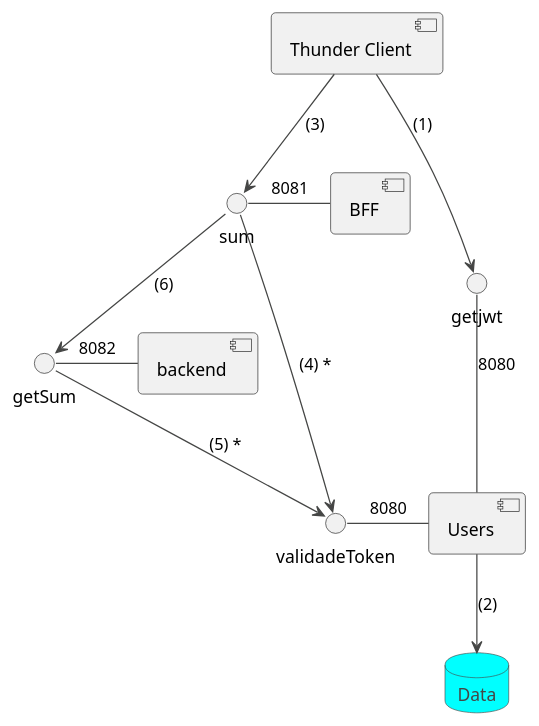
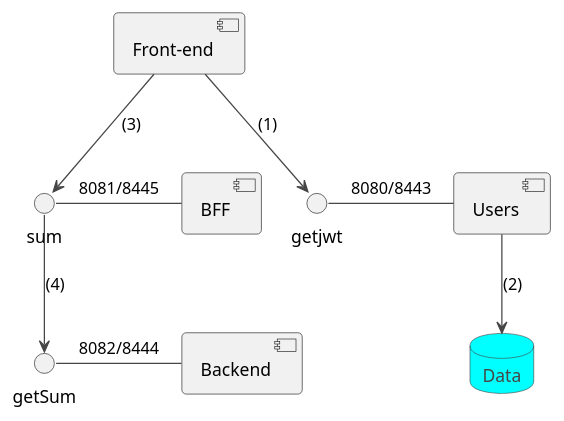
The diagram in docs/topicos/jwt/jwt.puml (rodrigoprestesmachado/pw2), drawn with PlantUML before and after one commit. The commit also changed 18 other files, not shown here.

```diff
--- a/docs/topicos/jwt/jwt.puml
+++ b/docs/topicos/jwt/jwt.puml
@@ -1,22 +1,18 @@
 @startuml
 
 !theme vibrant
 
-[Thunder Client]
-sum - [BFF] : 8081
-getSum - [backend] : 8082
-getjwt - [Users] : 8080
-validadeToken - [Users] : 8080
-
 database Data {
-
 }
 
-[Thunder Client] --> getjwt : (1)
+[Front-end]
+sum - [BFF] : 8081/8445
+getSum - [Backend] : 8082/8444
+getjwt - [Users] : 8080/8443
+
+[Front-end] --> getjwt : (1)
 Users --> Data : (2)
-[Thunder Client] --> sum : (3)
-sum --> validadeToken : (4) *
-getSum --> validadeToken : (5) *
-sum --> getSum : (6)
+[Front-end] --> sum : (3)
+sum --> getSum : (4)
 
 @enduml
```
